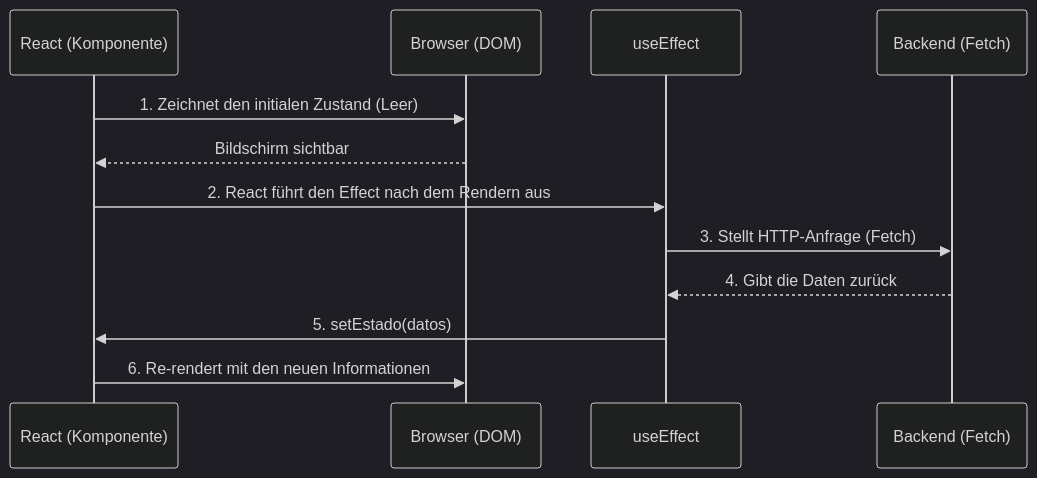
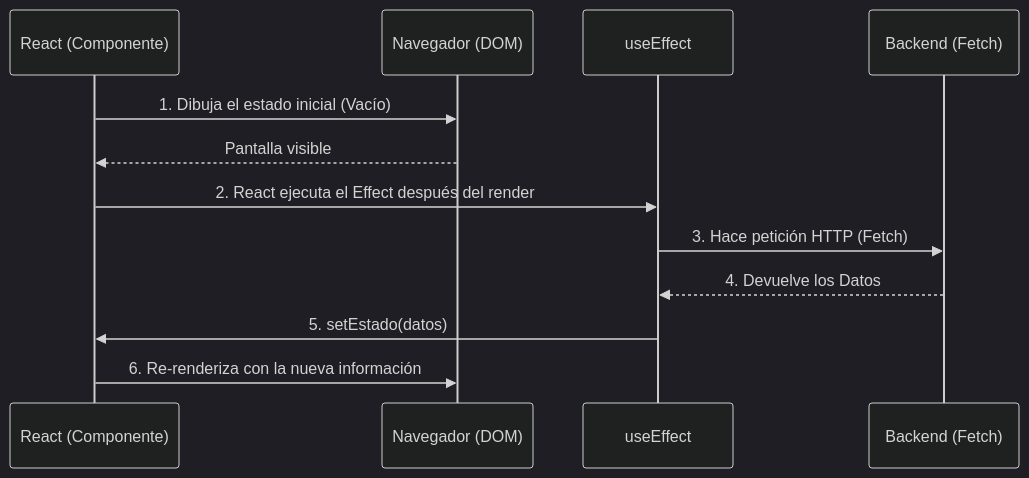
Before and after one commit to gjpierp/nmergeia: the first of 2 diagrams in public/docs/de/ext_react_basico.md, drawn with Mermaid (dark theme). The commit also changed other lines of this file and 518 other files, not shown here.

````diff
--- a/public/docs/de/ext_react_basico.md
+++ b/public/docs/de/ext_react_basico.md
@@ -37,15 +37,15 @@
 ```mermaid
 sequenceDiagram
-    participant React as React (Komponente)
-    participant DOM as Browser (DOM)
+    participant React as React (Componente)
+    participant DOM as Navegador (DOM)
     participant Effect as useEffect
     participant API as Backend (Fetch)
 
-    React->>DOM: 1. Zeichnet den initialen Zustand (Leer)
-    DOM-->>React: Bildschirm sichtbar
-    React->>Effect: 2. React führt den Effect nach dem Rendern aus
-    Effect->>API: 3. Stellt HTTP-Anfrage (Fetch)
-    API-->>Effect: 4. Gibt die Daten zurück
+    React->>DOM: 1. Dibuja el estado inicial (Vacío)
+    DOM-->>React: Pantalla visible
+    React->>Effect: 2. React ejecuta el Effect después del render
+    Effect->>API: 3. Hace petición HTTP (Fetch)
+    API-->>Effect: 4. Devuelve los Datos
     Effect->>React: 5. setEstado(datos)
-    React->>DOM: 6. Re-rendert mit den neuen Informationen
+    React->>DOM: 6. Re-renderiza con la nueva información
 ```
````
